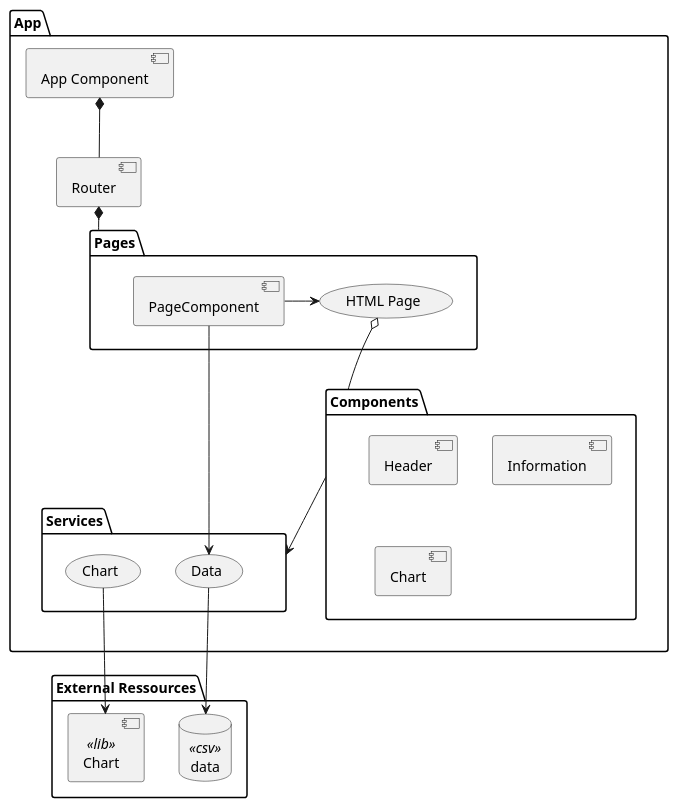
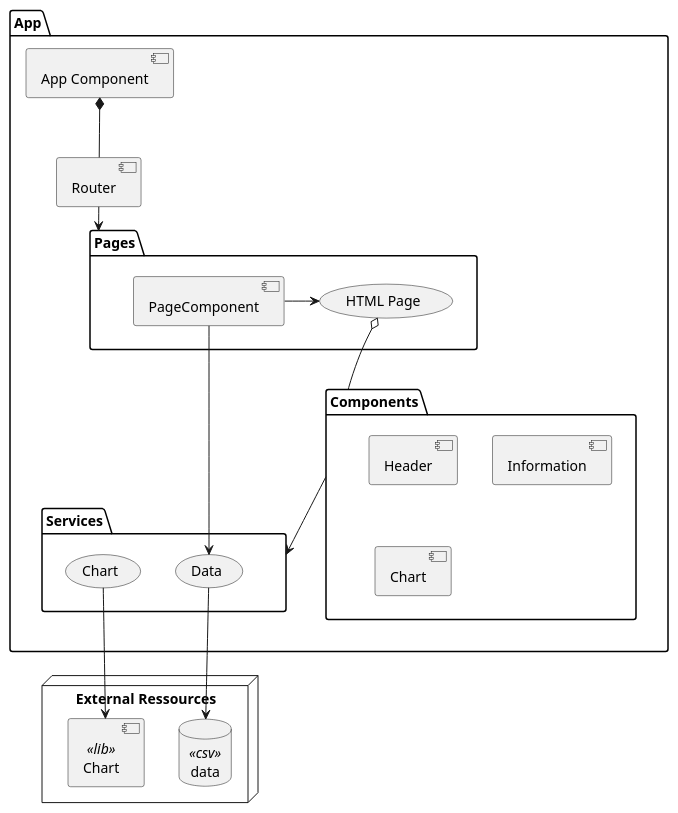
One commit to tremran/ocr-p2-01-olympicgamestarter changed the second of 2 diagrams in architecture/notes-architecture.md. Above: the diagram before and after it, drawn with PlantUML. The commit also changed other lines of this file and 1 other file, not shown here.

Commit message:
docs - modification schéma architecture

````diff
--- a/architecture/notes-architecture.md
+++ b/architecture/notes-architecture.md
@@ -102,42 +101,42 @@
 ```plantuml
 @startuml
 
-package "External Ressources" {
+node "External Ressources" {
     database "data" as ExternalData <<csv>>
     [Chart] as ExternalChart <<lib>>
 }
 
-package "App" {
+folder "App" {
     [App Component] as AppC
     [Router] as R
 
 
-    package "Pages" {
+    folder "Pages" {
         (HTML Page) as HTMLPage
         [PageComponent] -right-> HTMLPage
     }
 
-    package "Services" as S {
+    folder "Services" as S {
         (Chart) as InternalChart
         (Data) as InternalData
     }
 
-    package "Components" {
+    folder "Components" {
         [Header]
         [Information]
         [Chart]
     }
 }
 
 AppC *-- R
-R *-- Pages
+R --> Pages
 HTMLPage o-down- Components
 Components -down-> S
 
 PageComponent --> InternalData
 
 InternalChart --> ExternalChart
 InternalData --> ExternalData
 
 @enduml
 ```
````
